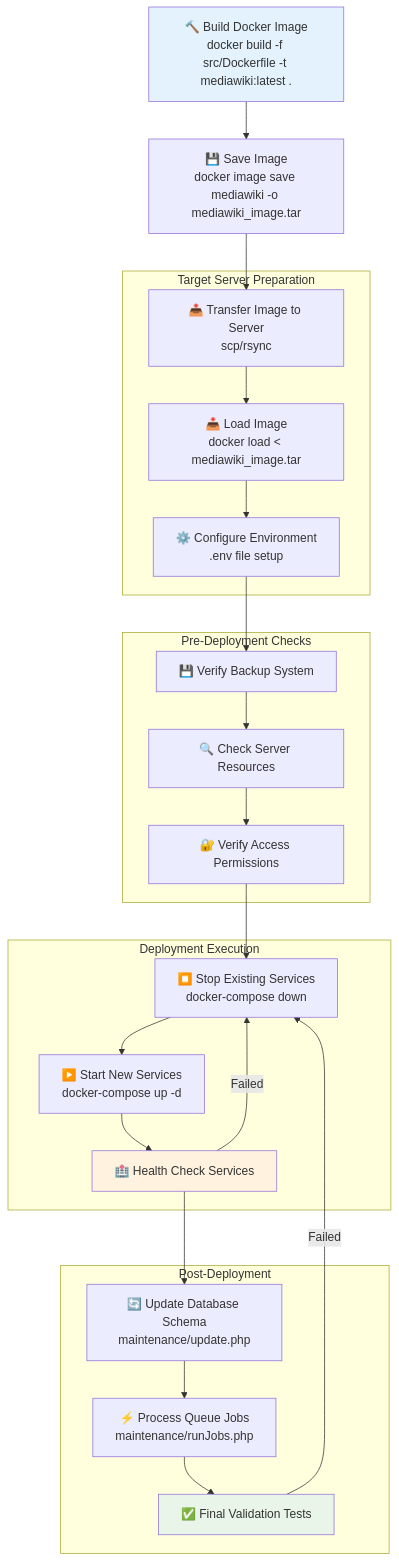
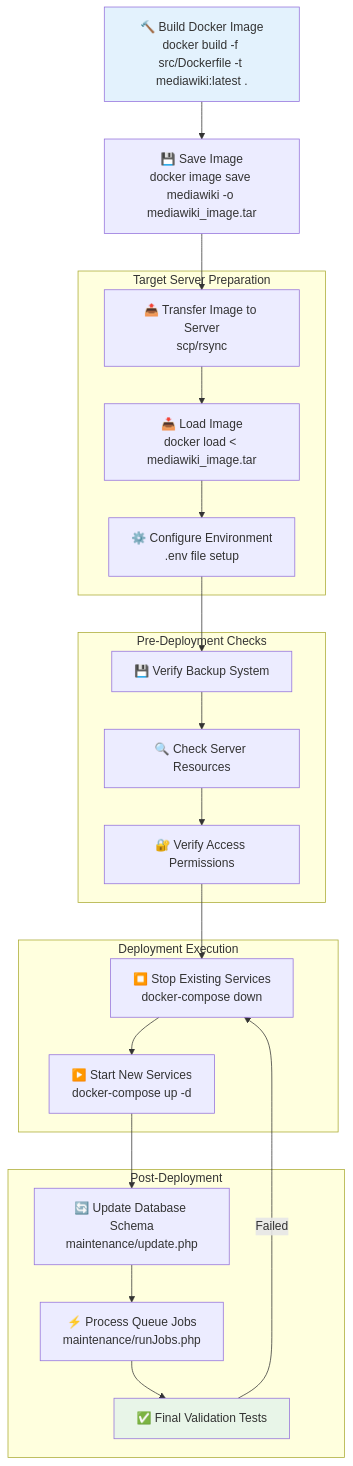
The fourth of 9 diagrams in src/DEPLOYMENT.qmd (maehr/Sexueller-Missbrauch-im-Umfeld-der-katholischen-Kirche-in-der-Schweiz), drawn with Mermaid before and after one commit. The commit also changed other lines of this file and 3 other files, not shown here.

````diff
--- a/src/DEPLOYMENT.qmd
+++ b/src/DEPLOYMENT.qmd
@@ -181,53 +175,53 @@
 ```{mermaid}
 flowchart TD
     PrepImage[🔨 Build Docker Image<br/>docker build -f src/Dockerfile -t mediawiki:latest .]
     SaveImage[💾 Save Image<br/>docker image save mediawiki -o mediawiki_image.tar]
 
     subgraph "Target Server Preparation"
         TransferImage[📤 Transfer Image to Server<br/>scp/rsync]
         LoadImage[📥 Load Image<br/>docker load < mediawiki_image.tar]
         EnvConfig[⚙️ Configure Environment<br/>.env file setup]
     end
 
     subgraph "Pre-Deployment Checks"
         BackupCheck[💾 Verify Backup System]
         ResourceCheck[🔍 Check Server Resources]
         AccessCheck[🔐 Verify Access Permissions]
     end
 
     subgraph "Deployment Execution"
         StopServices[⏹️ Stop Existing Services<br/>docker-compose down]
         StartServices[▶️ Start New Services<br/>docker-compose up -d]
-        HealthCheck[🏥 Health Check Services]
+
     end
 
     subgraph "Post-Deployment"
         SchemaUpdate[🔄 Update Database Schema<br/>maintenance/update.php]
         QueueJobs[⚡ Process Queue Jobs<br/>maintenance/runJobs.php]
         FinalTest[✅ Final Validation Tests]
     end
 
     PrepImage --> SaveImage
     SaveImage --> TransferImage
     TransferImage --> LoadImage
     LoadImage --> EnvConfig
 
     EnvConfig --> BackupCheck
     BackupCheck --> ResourceCheck
     ResourceCheck --> AccessCheck
 
     AccessCheck --> StopServices
     StopServices --> StartServices
-    StartServices --> HealthCheck
+    StartServices --> SchemaUpdate
 
-    HealthCheck --> SchemaUpdate
+
     SchemaUpdate --> QueueJobs
     QueueJobs --> FinalTest
 
-    HealthCheck --> |Failed| StopServices
+
     FinalTest --> |Failed| StopServices
 
     style PrepImage fill:#e3f2fd
-    style HealthCheck fill:#fff3e0
+
     style FinalTest fill:#e8f5e8
 ```
````
